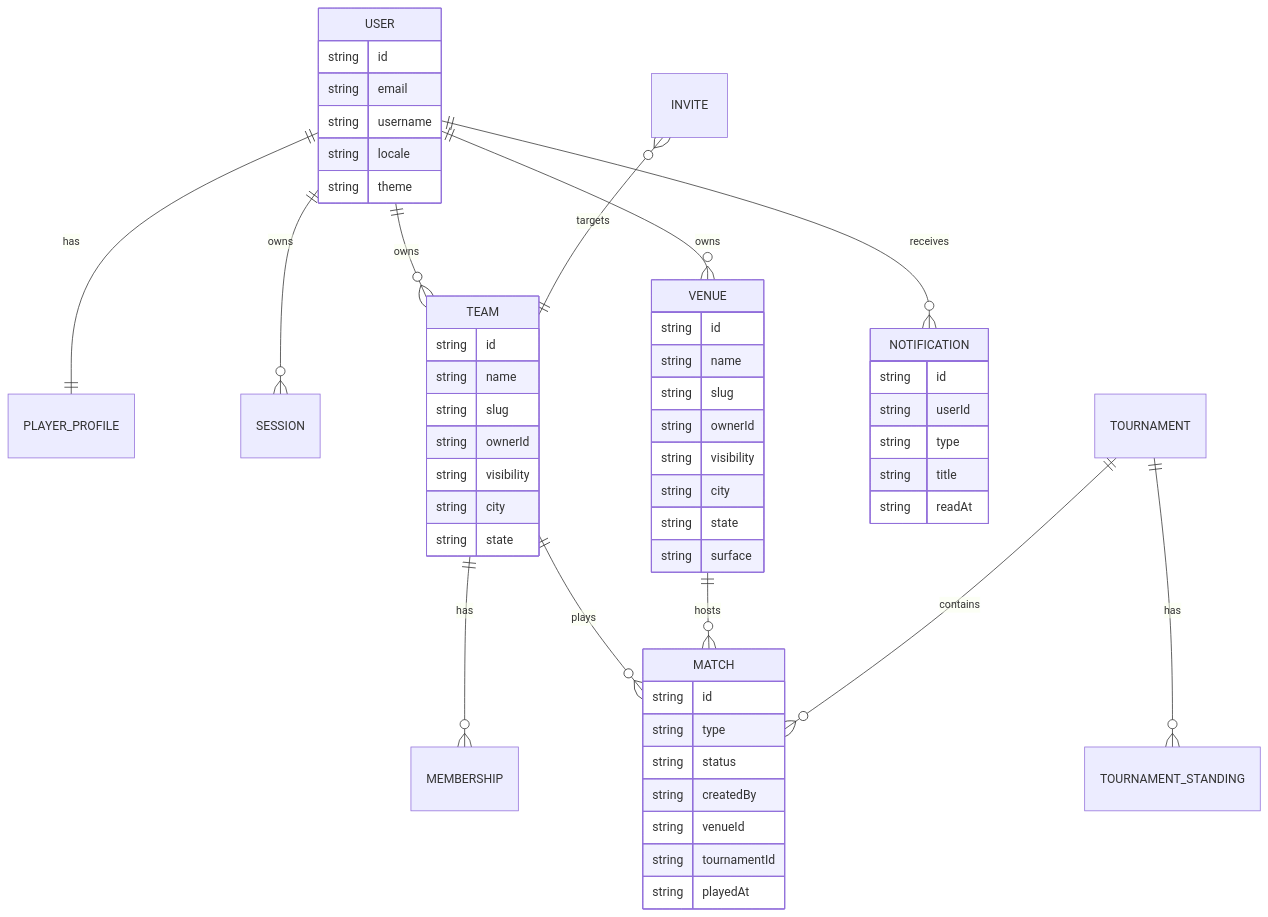
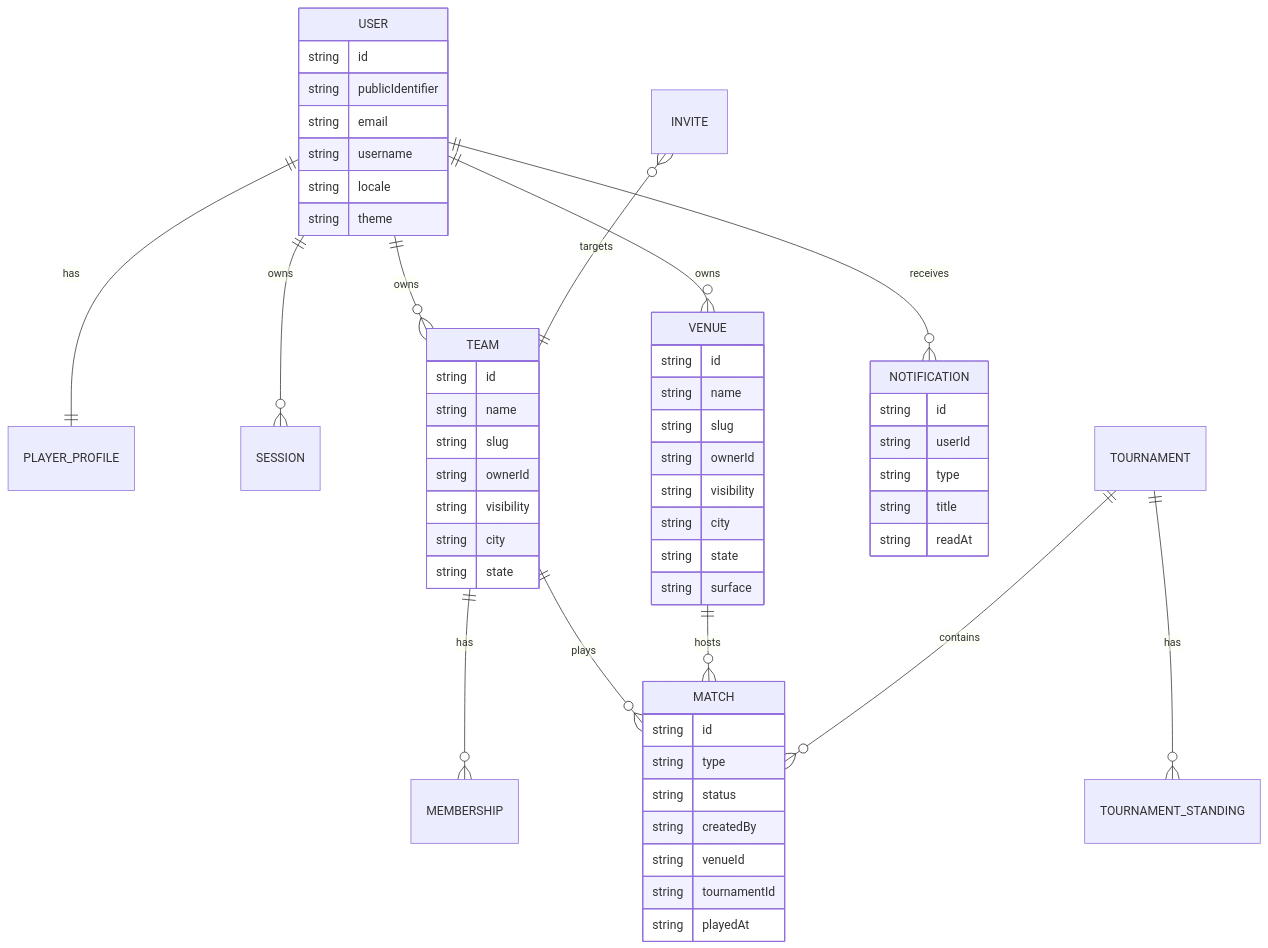
One commit to nalbcosta/soccer_stats changed the fourth of 8 diagrams in ARCHITECTURE.md. Above: the diagram before and after it, drawn with Mermaid. The commit also changed 28 other files, not shown here.

````diff
--- a/ARCHITECTURE.md
+++ b/ARCHITECTURE.md
@@ -113,61 +113,62 @@
 ```mermaid
 erDiagram
   USER ||--|| PLAYER_PROFILE : has
   USER ||--o{ SESSION : owns
   USER ||--o{ TEAM : owns
   USER ||--o{ VENUE : owns
   USER ||--o{ NOTIFICATION : receives
   TEAM ||--o{ MEMBERSHIP : has
   TEAM ||--o{ MATCH : plays
   VENUE ||--o{ MATCH : hosts
   TOURNAMENT ||--o{ MATCH : contains
   TOURNAMENT ||--o{ TOURNAMENT_STANDING : has
   INVITE }o--|| TEAM : targets
 
   USER {
     string id
+    string publicIdentifier
     string email
     string username
     string locale
     string theme
   }
 
   TEAM {
     string id
     string name
     string slug
     string ownerId
     string visibility
     string city
     string state
   }
 
   VENUE {
     string id
     string name
     string slug
     string ownerId
     string visibility
     string city
     string state
     string surface
   }
 
   MATCH {
     string id
     string type
     string status
     string createdBy
     string venueId
     string tournamentId
     string playedAt
   }
 
   NOTIFICATION {
     string id
     string userId
     string type
     string title
     string readAt
   }
 ```
````
